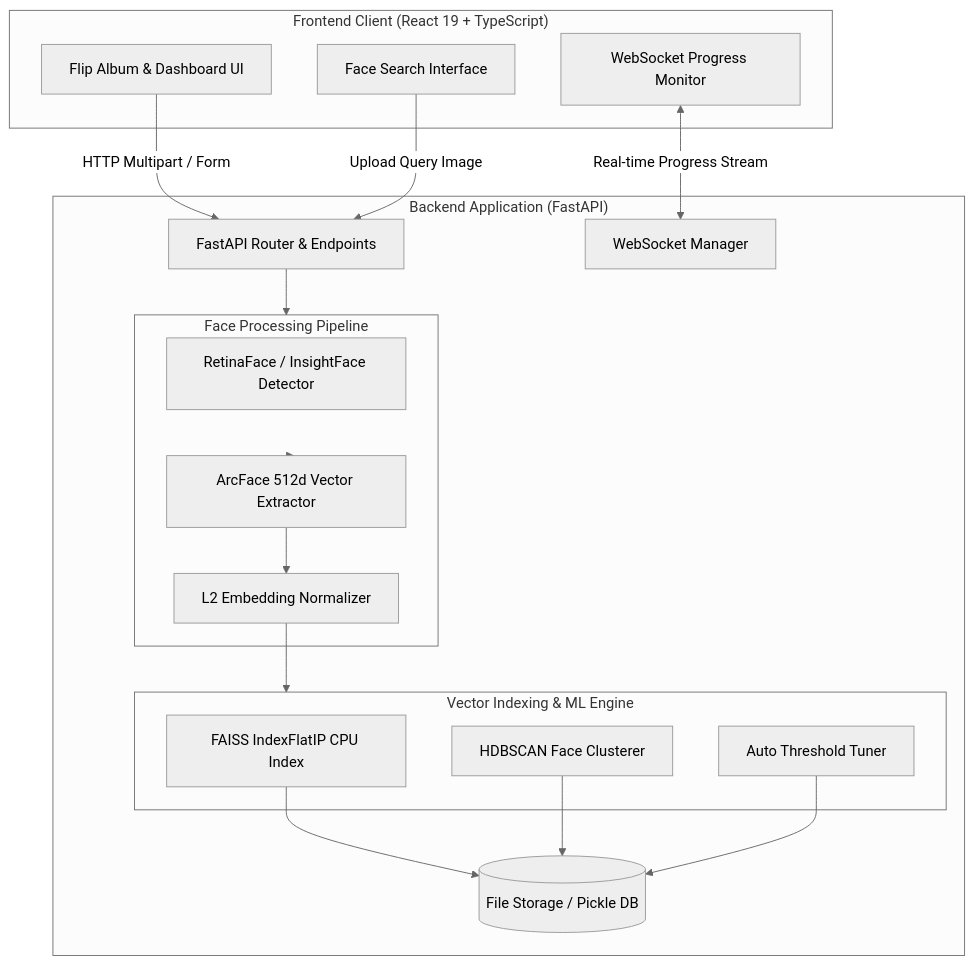
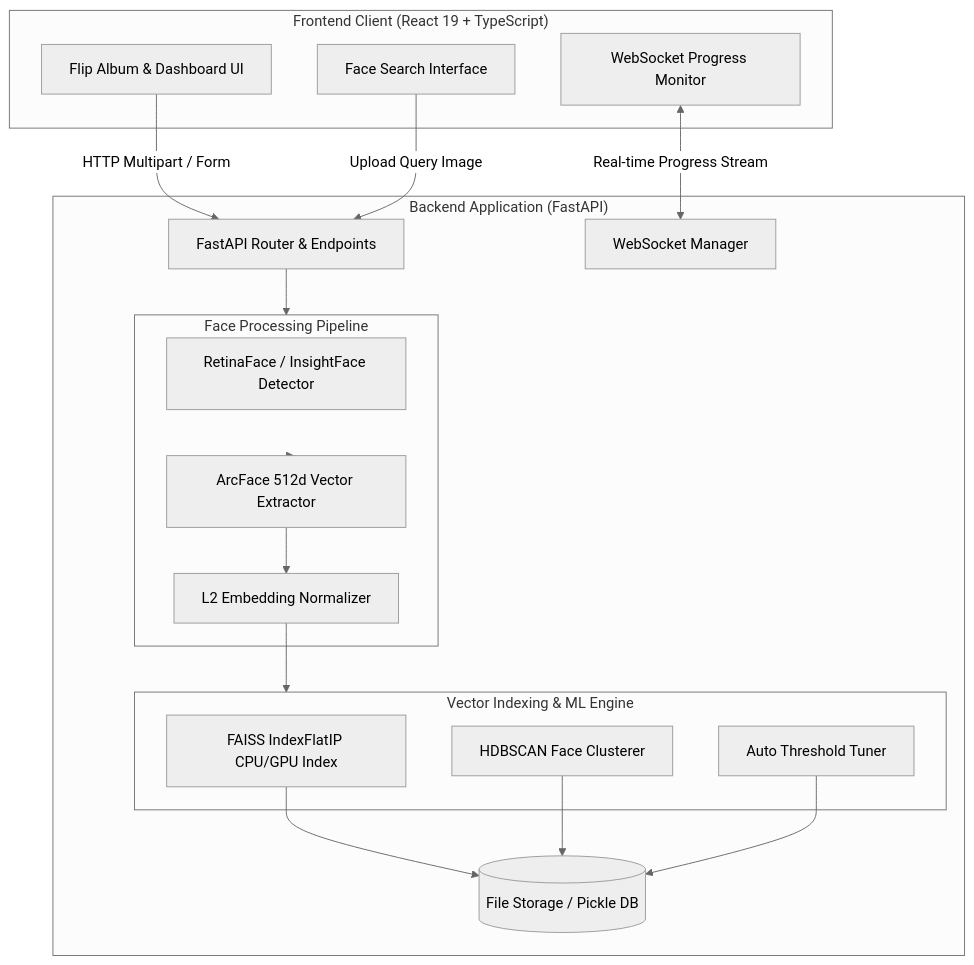
One commit to RisheekeshKG/GPU-Accelerated-Face-Clustering changed the first of 3 diagrams in README.md. Above: the diagram before and after it, drawn with Mermaid (neutral theme). The commit also changed other lines of this file, not shown here.

Commit message:
Add README with neat flow diagrams and CPU & RTX 5090 GPU benchmarks

````diff
--- a/README.md
+++ b/README.md
@@ -11,38 +11,38 @@
 ```mermaid
 flowchart TB
     subgraph Client["Frontend Client (React 19 + TypeScript)"]
         UI[Flip Album & Dashboard UI]
         WS_Client[WebSocket Progress Monitor]
         Search_UI[Face Search Interface]
     end
 
     subgraph Server["Backend Application (FastAPI)"]
         API[FastAPI Router & Endpoints]
         WS_Server[WebSocket Manager]
 
         subgraph Pipeline["Face Processing Pipeline"]
             Det[RetinaFace / InsightFace Detector]
             Ext[ArcFace 512d Vector Extractor]
             Norm[L2 Embedding Normalizer]
         end
 
         subgraph Indexing["Vector Indexing & ML Engine"]
-            FAISS[FAISS IndexFlatIP CPU Index]
+            FAISS[FAISS IndexFlatIP CPU/GPU Index]
             HDBSCAN[HDBSCAN Face Clusterer]
             AutoTune[Auto Threshold Tuner]
         end
 
         Storage[(File Storage / Pickle DB)]
     end
 
     UI -->|HTTP Multipart / Form| API
     Search_UI -->|Upload Query Image| API
     WS_Client <-->|Real-time Progress Stream| WS_Server
 
     API --> Pipeline
     Pipeline --> Ext --> Norm
     Norm --> Indexing
     FAISS --> Storage
     HDBSCAN --> Storage
     AutoTune --> Storage
 ```
````
